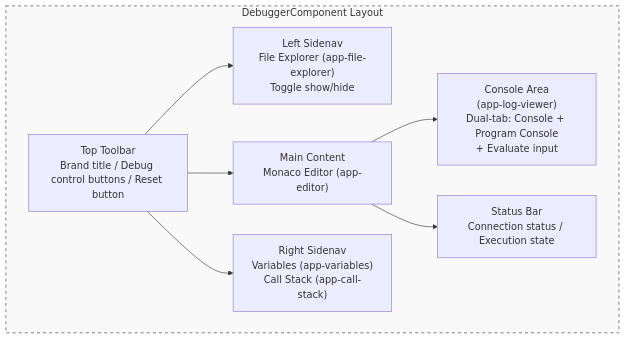
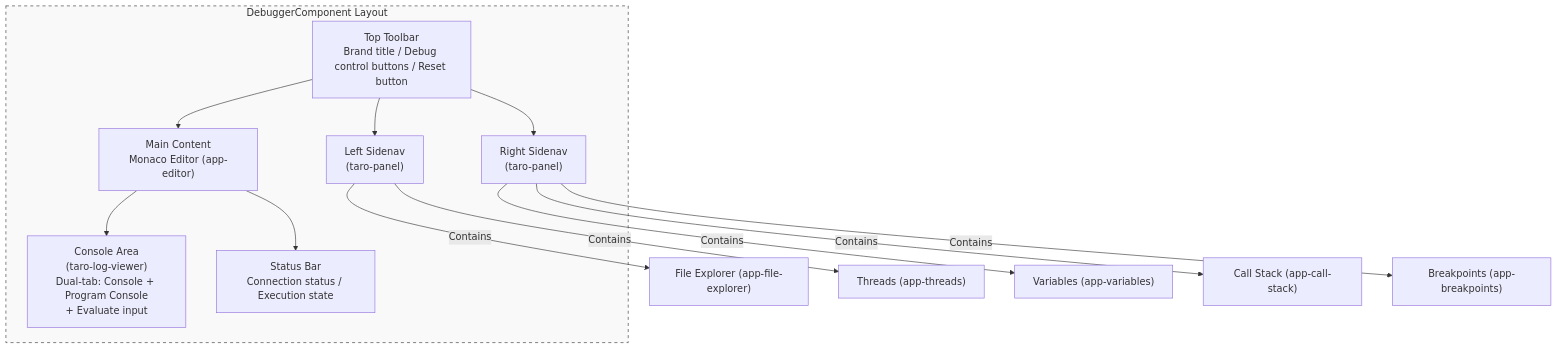
Before and after one commit to tangpo387-arch/taro-debugger: the diagram in docs/architecture/ui-layer.md, drawn with Mermaid. The commit also changed other lines of this file and 41 other files, not shown here.

````diff
--- a/docs/architecture/ui-layer.md
+++ b/docs/architecture/ui-layer.md
@@ -37,19 +45,25 @@
 ```mermaid
 graph TD
     subgraph Layout ["DebuggerComponent Layout"]
         TB["Top Toolbar<br/>Brand title / Debug control buttons / Reset button"]
-        LS["Left Sidenav<br/>File Explorer (app-file-explorer)<br/>Toggle show/hide"]
+        LS["Left Sidenav<br/>(taro-panel)"]
         MC["Main Content<br/>Monaco Editor (app-editor)"]
-        RS["Right Sidenav<br/>Variables (app-variables)<br/>Call Stack (app-call-stack)"]
-        LV["Console Area<br/>(app-log-viewer)<br/>Dual-tab: Console + Program Console<br/>+ Evaluate input"]
+        RS["Right Sidenav<br/>(taro-panel)"]
+        LV["Console Area<br/>(taro-log-viewer)<br/>Dual-tab: Console + Program Console<br/>+ Evaluate input"]
         SB["Status Bar<br/>Connection status / Execution state"]
     end
+
+    LS -- Contains --> FE["File Explorer (app-file-explorer)"]
+    LS -- Contains --> TH["Threads (app-threads)"]
+    RS -- Contains --> VB["Variables (app-variables)"]
+    RS -- Contains --> CS["Call Stack (app-call-stack)"]
+    RS -- Contains --> BP["Breakpoints (app-breakpoints)"]
 
     TB --> LS
     TB --> MC
     TB --> RS
     MC --> LV
     MC --> SB
 
     style Layout fill:#f9f9f9,stroke:#333,stroke-dasharray: 5 5
 ```
````
